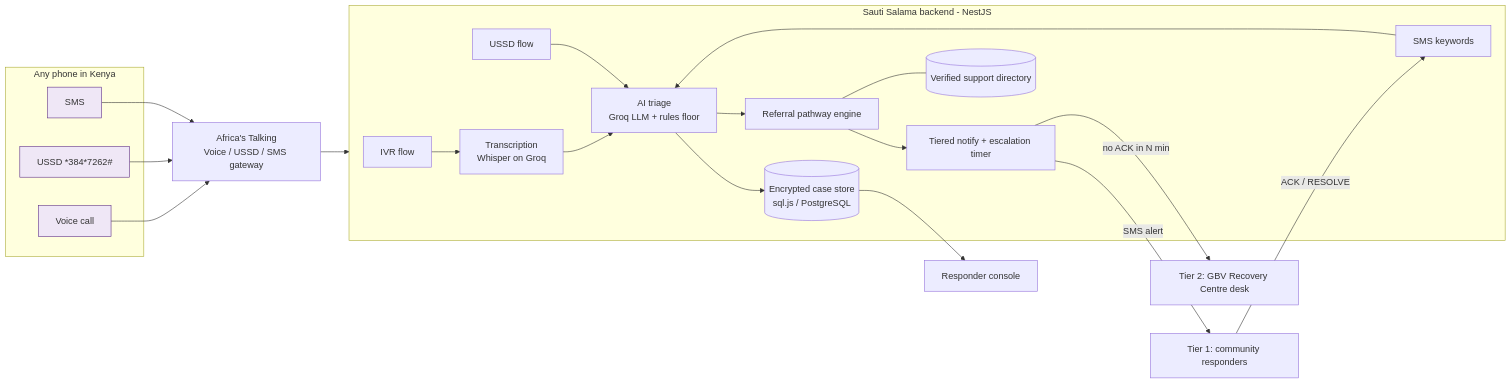
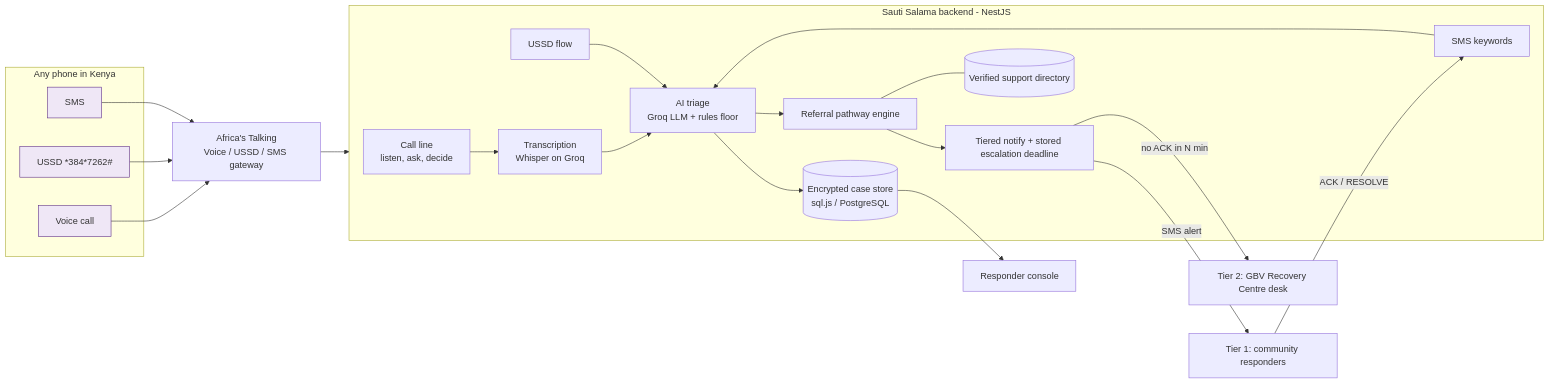
The diagram in README.md (swiftkimani/sauti-salama), drawn with Mermaid before and after one commit. The commit also changed other lines of this file and 74 other files, not shown here.

````diff
--- a/README.md
+++ b/README.md
@@ -81,34 +85,34 @@
 ```mermaid
 flowchart LR
   subgraph phones[Any phone in Kenya]
     V[Voice call]:::ch
     U[USSD *384*7262#]:::ch
     S[SMS]:::ch
   end
   AT[Africa's Talking<br/>Voice / USSD / SMS gateway]
   V --> AT --> API
   U --> AT
   S --> AT
   subgraph API[Sauti Salama backend - NestJS]
-    IVR[IVR flow]
+    IVR[Call line<br/>listen, ask, decide]
     USSD[USSD flow]
     SMSin[SMS keywords]
     TR[Transcription<br/>Whisper on Groq]
     AI[AI triage<br/>Groq LLM + rules floor]
     RP[Referral pathway engine]
-    NT[Tiered notify + escalation timer]
+    NT[Tiered notify + stored escalation deadline]
     DB[(Encrypted case store<br/>sql.js / PostgreSQL)]
     DIR[(Verified support directory)]
   end
   IVR --> TR --> AI
   USSD --> AI
   SMSin --> AI
   AI --> RP --> NT
   RP --- DIR
   AI --> DB
   NT -->|SMS alert| T1[Tier 1: community responders]
   NT -->|no ACK in N min| T2[Tier 2: GBV Recovery Centre desk]
   T1 -->|ACK / RESOLVE| SMSin
   DB --> C[Responder console]
   classDef ch fill:#EFE7F6,stroke:#5B2A86;
 ```
````
